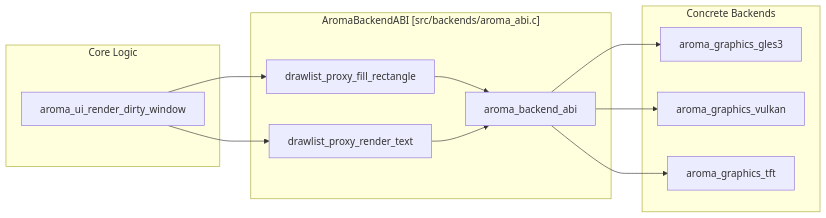
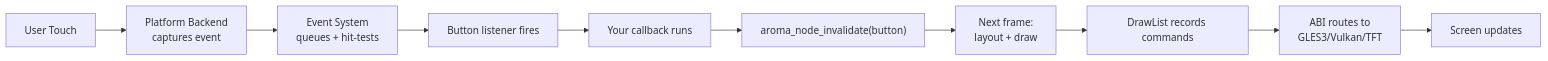
One commit to BinaryInkTN/AromaUI changed the second of 2 diagrams in docs/overview/Architecture-Overview.md. Above: the diagram before and after it, drawn with Mermaid. The commit also changed other lines of this file and 2880 other files, not shown here.

````diff
--- a/docs/overview/Architecture-Overview.md
+++ b/docs/overview/Architecture-Overview.md
@@ -75,23 +46,12 @@
 ```mermaid
 flowchart LR
-    subgraph subGraph2 ["Concrete Backends"]
-        GLES["aroma_graphics_gles3"]
-        VULKAN["aroma_graphics_vulkan"]
-        TFT["aroma_graphics_tft"]
-    end
-    subgraph subGraph1 ["AromaBackendABI #91;src/backends/aroma_abi.c#93;"]
-        ABI["aroma_backend_abi"]
-        PROXY_RECT["drawlist_proxy_fill_rectangle"]
-        PROXY_TEXT["drawlist_proxy_render_text"]
-    end
-    subgraph subGraph0 ["Core Logic"]
-        RENDER["aroma_ui_render_dirty_window"]
-    end
-    RENDER --> PROXY_RECT
-    RENDER --> PROXY_TEXT
-    PROXY_RECT --> ABI
-    PROXY_TEXT --> ABI
-    ABI --> GLES
-    ABI --> VULKAN
-    ABI --> TFT
+    Touch["User Touch"] --> Platform["Platform Backend<br/>captures event"]
+    Platform --> EventSys["Event System<br/>queues + hit-tests"]
+    EventSys --> Button["Button listener fires"]
+    Button --> Callback["Your callback runs"]
+    Callback --> Invalidate["aroma_node_invalidate(button)"]
+    Invalidate --> Frame["Next frame:<br/>layout + draw"]
+    Frame --> DrawList["DrawList records commands"]
+    DrawList --> ABI["ABI routes to<br/>GLES3/Vulkan/TFT"]
+    ABI --> Screen["Screen updates"]
 ```
````
